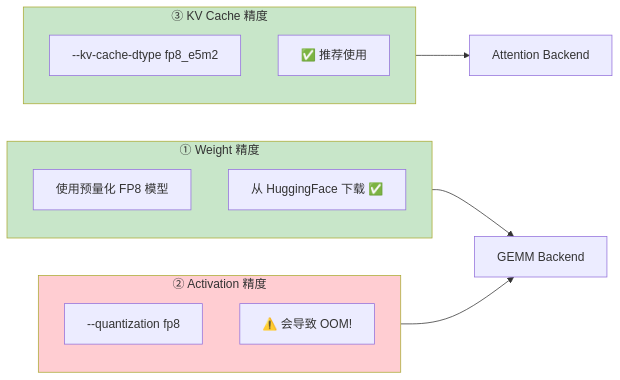
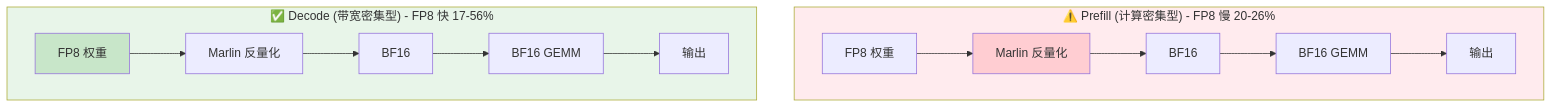
One commit to david-xinyuwei/david-share changed the fourth of 5 diagrams in Deep-Learning/H100-A100-RTX6000-FP8-Benchmark/README-CN.md. Above: the diagram before and after it, drawn with Mermaid. The commit also changed other lines of this file and 37 other files, not shown here.

````diff
--- a/Deep-Learning/H100-A100-RTX6000-FP8-Benchmark/README-CN.md
+++ b/Deep-Learning/H100-A100-RTX6000-FP8-Benchmark/README-CN.md
@@ -139,25 +174,23 @@
 ```mermaid
-flowchart LR
-    subgraph WEIGHT["① Weight 精度"]
-        W1["使用预量化 FP8 模型"]
-        W2["从 HuggingFace 下载 ✅"]
+flowchart TB
+    subgraph Prefill["⚠️ Prefill (计算密集型) - FP8 慢 20-26%"]
+        direction LR
+        P1["FP8 权重"] --> P2["Marlin 反量化"]
+        P2 --> P3["BF16"]
+        P3 --> P4["BF16 GEMM"]
+        P4 --> P5["输出"]
     end
     
-    subgraph ACT["② Activation 精度"]
-        A1["--quantization fp8"]
-        A2["⚠️ 会导致 OOM!"]
+    subgraph Decode["✅ Decode (带宽密集型) - FP8 快 17-56%"]
+        direction LR
+        D1["FP8 权重"] --> D2["Marlin 反量化"]
+        D2 --> D3["BF16"]
+        D3 --> D4["BF16 GEMM"]
+        D4 --> D5["输出"]
     end
     
-    subgraph KV["③ KV Cache 精度"]
-        K1["--kv-cache-dtype fp8_e5m2"]
-        K2["✅ 推荐使用"]
-    end
-    
-    WEIGHT --> GEMM["GEMM Backend"]
-    ACT --> GEMM
-    KV --> ATT["Attention Backend"]
-    
-    style ACT fill:#ffcdd2
-    style KV fill:#c8e6c9
-    style WEIGHT fill:#c8e6c9
+    style Prefill fill:#ffebee
+    style Decode fill:#e8f5e9
+    style P2 fill:#ffcdd2
+    style D1 fill:#c8e6c9
 ```
````
